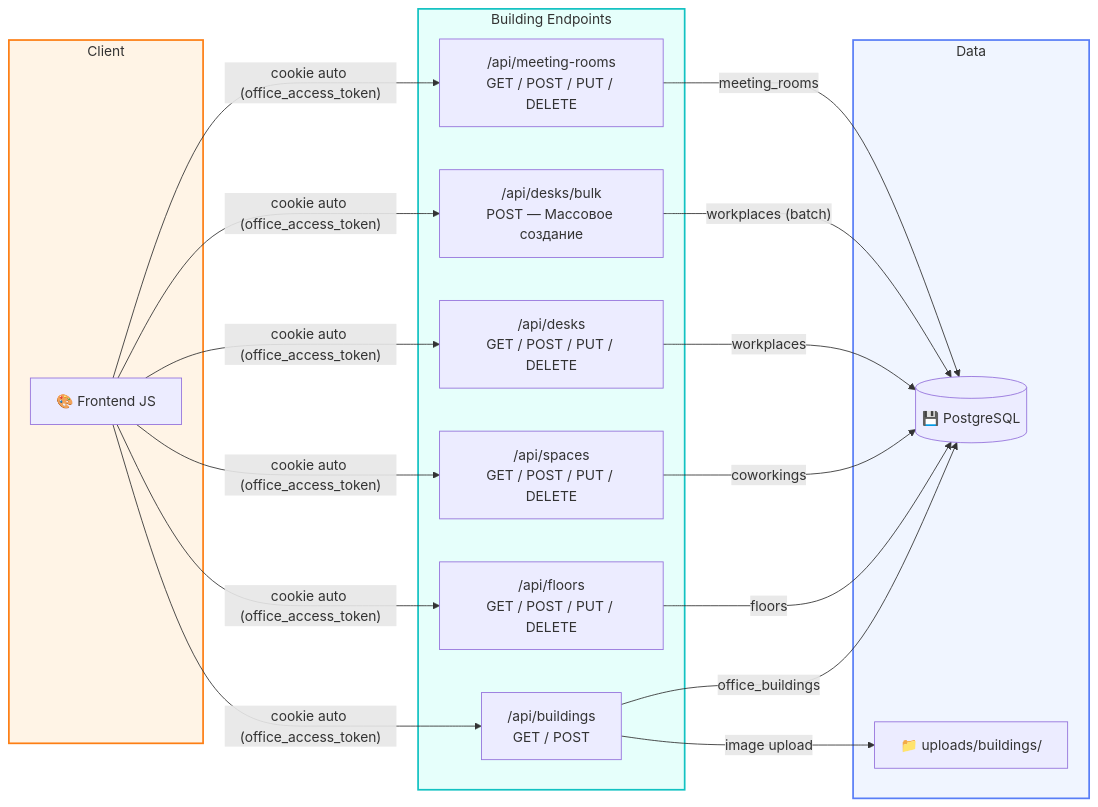
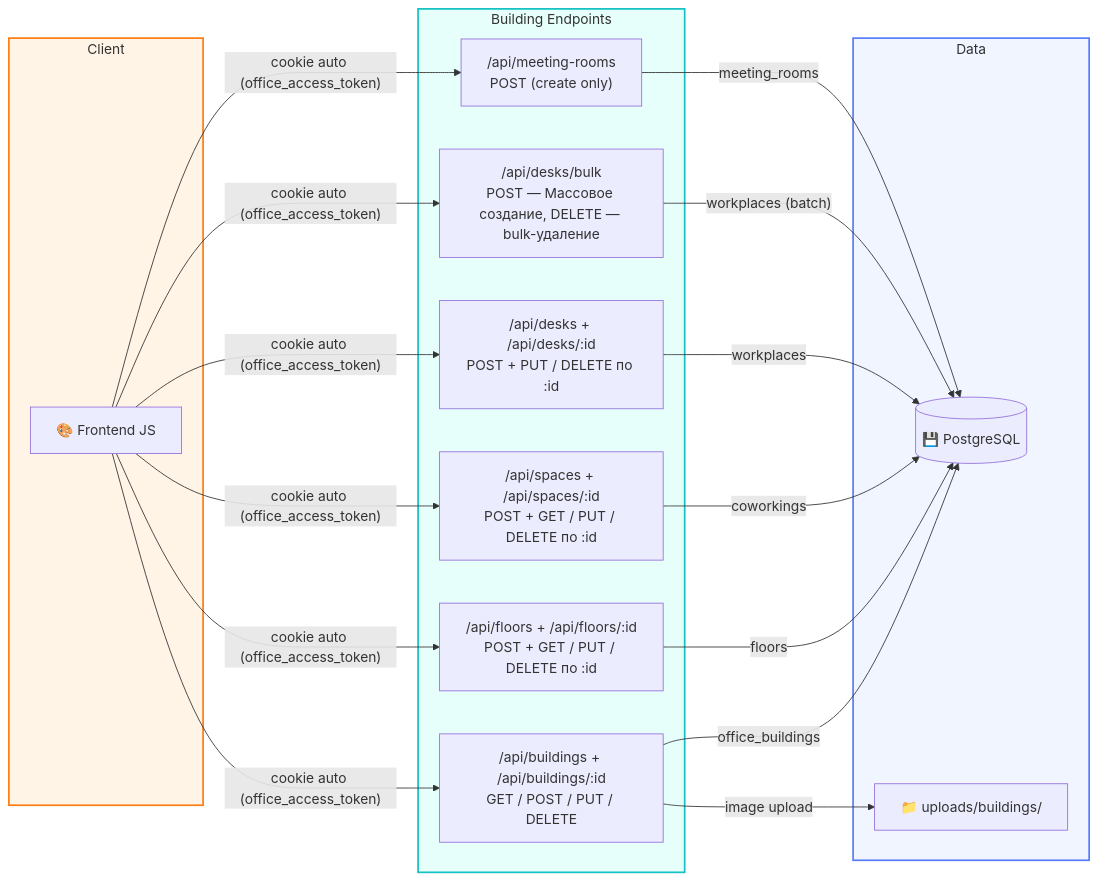
Before and after one commit to radiantbald/office-management: the fourth of 9 diagrams in DATA_FLOW_DIAGRAM.md, drawn with Mermaid. The commit also changed other lines of this file and 2 other files, not shown here.

````diff
--- a/DATA_FLOW_DIAGRAM.md
+++ b/DATA_FLOW_DIAGRAM.md
@@ -126,39 +126,39 @@
 ```mermaid
 graph LR
     subgraph Client
         JS["🎨 Frontend JS"]
     end
 
     subgraph BuildAPI["Building Endpoints"]
-        Buildings["/api/buildings\nGET / POST"]
-        Floors["/api/floors\nGET / POST / PUT / DELETE"]
-        Spaces["/api/spaces\nGET / POST / PUT / DELETE"]
-        Desks["/api/desks\nGET / POST / PUT / DELETE"]
-        DeskBulk["/api/desks/bulk\nPOST — Массовое создание"]
-        MeetRooms["/api/meeting-rooms\nGET / POST / PUT / DELETE"]
+        Buildings["/api/buildings + /api/buildings/:id\nGET / POST / PUT / DELETE"]
+        Floors["/api/floors + /api/floors/:id\nPOST + GET / PUT / DELETE по :id"]
+        Spaces["/api/spaces + /api/spaces/:id\nPOST + GET / PUT / DELETE по :id"]
+        Desks["/api/desks + /api/desks/:id\nPOST + PUT / DELETE по :id"]
+        DeskBulk["/api/desks/bulk\nPOST — Массовое создание, DELETE — bulk-удаление"]
+        MeetRooms["/api/meeting-rooms\nPOST (create only)"]
     end
 
     subgraph Data
         DB[("💾 PostgreSQL")]
         FS["📁 uploads/buildings/"]
     end
 
     JS -- "cookie auto (office_access_token)" --> Buildings
     JS -- "cookie auto (office_access_token)" --> Floors
     JS -- "cookie auto (office_access_token)" --> Spaces
     JS -- "cookie auto (office_access_token)" --> Desks
     JS -- "cookie auto (office_access_token)" --> DeskBulk
     JS -- "cookie auto (office_access_token)" --> MeetRooms
 
     Buildings -- "office_buildings" --> DB
     Buildings -- "image upload" --> FS
     Floors -- "floors" --> DB
     Spaces -- "coworkings" --> DB
     Desks -- "workplaces" --> DB
     DeskBulk -- "workplaces (batch)" --> DB
     MeetRooms -- "meeting_rooms" --> DB
 
     style Client fill:#FFF4E6,stroke:#FD7E14,stroke-width:2px
     style BuildAPI fill:#E6FFFB,stroke:#13C2C2,stroke-width:2px
     style Data fill:#F0F5FF,stroke:#597EF7,stroke-width:2px
 ```
````
